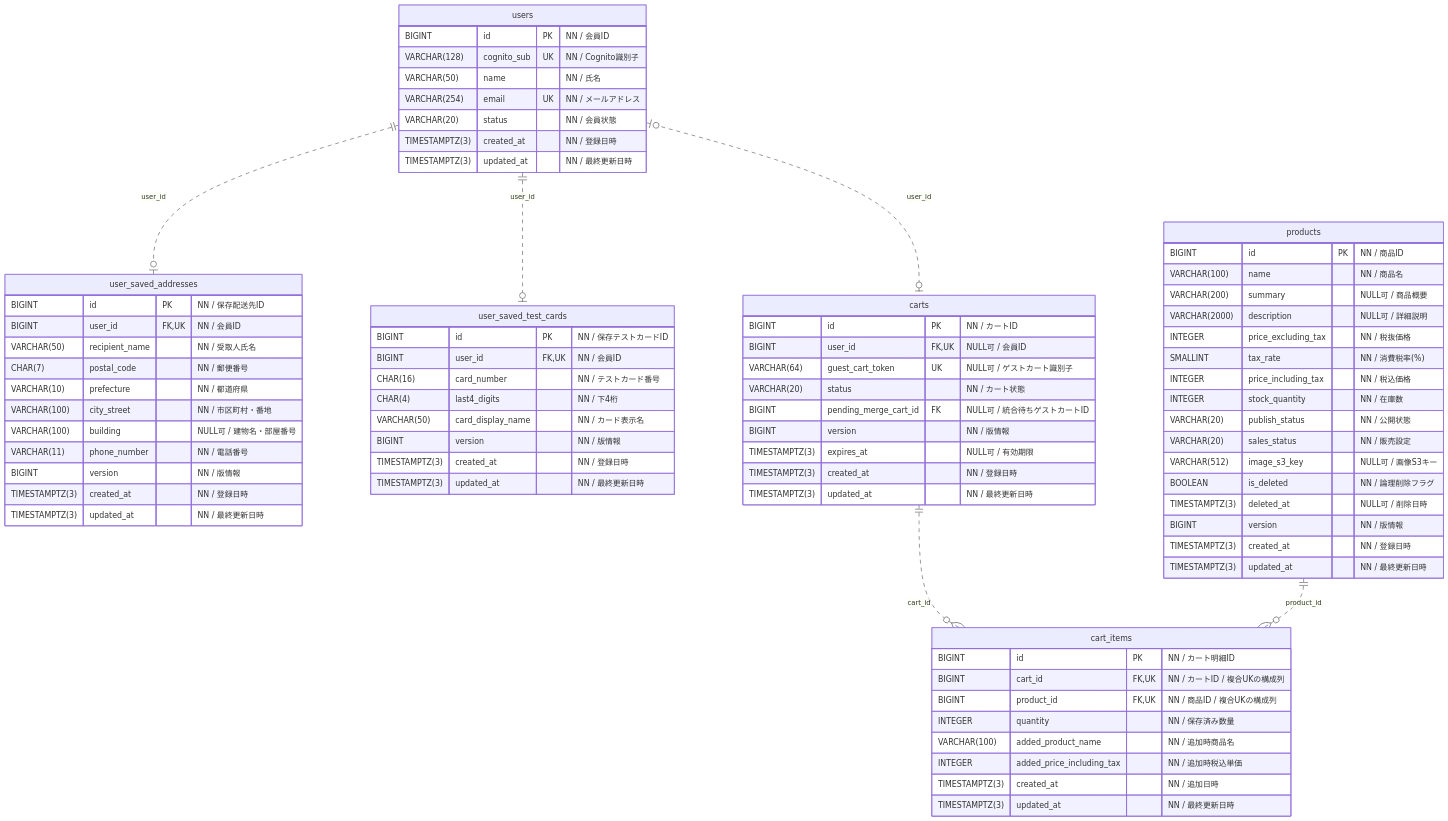
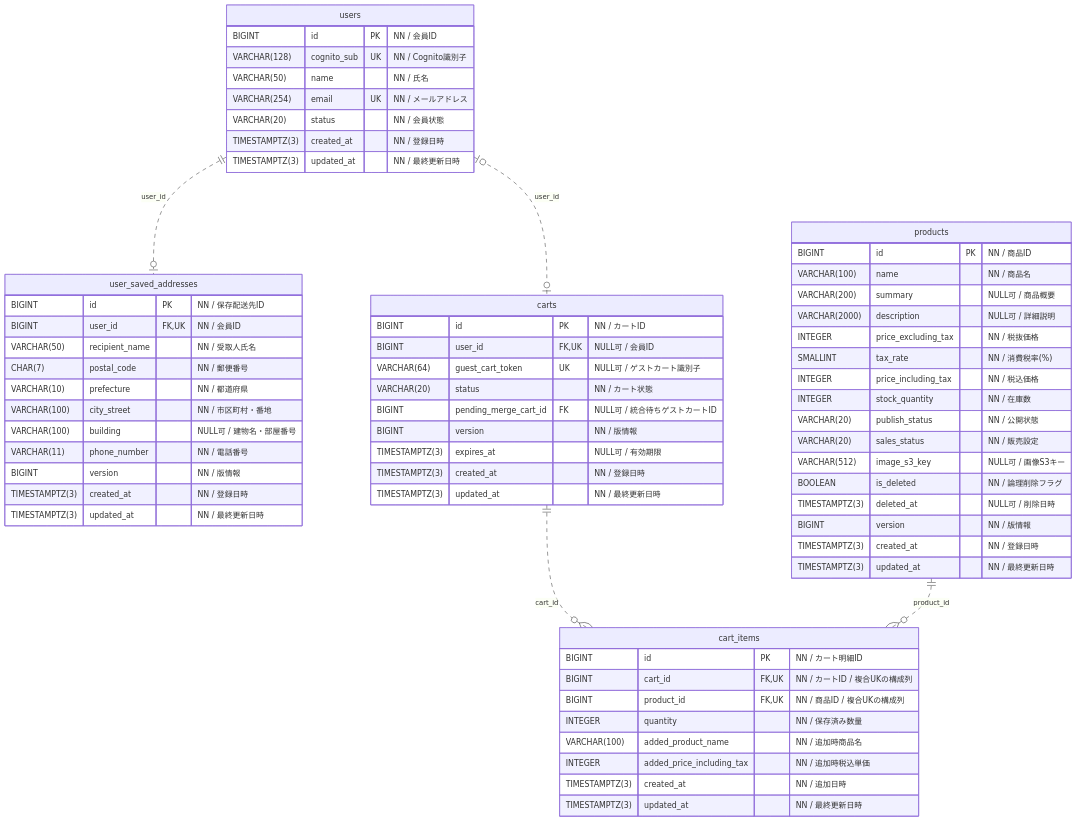
Before and after one commit to shooot223/cloudnative-ec-java: the fifth of 8 diagrams in docs/db-schema/EC_ER_diagram.md, drawn with Mermaid. The commit also changed other lines of this file and 64 other files, not shown here.

````diff
--- a/docs/db-schema/EC_ER_diagram.md
+++ b/docs/db-schema/EC_ER_diagram.md
@@ -162,80 +160,69 @@
 ```mermaid
 erDiagram
     direction TB
     users {
         BIGINT id PK "NN / 会員ID"
         VARCHAR(128) cognito_sub UK "NN / Cognito識別子"
         VARCHAR(50) name "NN / 氏名"
         VARCHAR(254) email UK "NN / メールアドレス"
         VARCHAR(20) status "NN / 会員状態"
         TIMESTAMPTZ(3) created_at "NN / 登録日時"
         TIMESTAMPTZ(3) updated_at "NN / 最終更新日時"
     }
     user_saved_addresses {
         BIGINT id PK "NN / 保存配送先ID"
         BIGINT user_id FK, UK "NN / 会員ID"
         VARCHAR(50) recipient_name "NN / 受取人氏名"
         CHAR(7) postal_code "NN / 郵便番号"
         VARCHAR(10) prefecture "NN / 都道府県"
         VARCHAR(100) city_street "NN / 市区町村・番地"
         VARCHAR(100) building "NULL可 / 建物名・部屋番号"
         VARCHAR(11) phone_number "NN / 電話番号"
-        BIGINT version "NN / 版情報"
-        TIMESTAMPTZ(3) created_at "NN / 登録日時"
-        TIMESTAMPTZ(3) updated_at "NN / 最終更新日時"
-    }
-    user_saved_test_cards {
-        BIGINT id PK "NN / 保存テストカードID"
-        BIGINT user_id FK, UK "NN / 会員ID"
-        CHAR(16) card_number "NN / テストカード番号"
-        CHAR(4) last4_digits "NN / 下4桁"
-        VARCHAR(50) card_display_name "NN / カード表示名"
         BIGINT version "NN / 版情報"
         TIMESTAMPTZ(3) created_at "NN / 登録日時"
         TIMESTAMPTZ(3) updated_at "NN / 最終更新日時"
     }
     carts {
         BIGINT id PK "NN / カートID"
         BIGINT user_id FK, UK "NULL可 / 会員ID"
         VARCHAR(64) guest_cart_token UK "NULL可 / ゲストカート識別子"
         VARCHAR(20) status "NN / カート状態"
         BIGINT pending_merge_cart_id FK "NULL可 / 統合待ちゲストカートID"
         BIGINT version "NN / 版情報"
         TIMESTAMPTZ(3) expires_at "NULL可 / 有効期限"
         TIMESTAMPTZ(3) created_at "NN / 登録日時"
         TIMESTAMPTZ(3) updated_at "NN / 最終更新日時"
     }
     cart_items {
         BIGINT id PK "NN / カート明細ID"
         BIGINT cart_id FK, UK "NN / カートID / 複合UKの構成列"
         BIGINT product_id FK, UK "NN / 商品ID / 複合UKの構成列"
         INTEGER quantity "NN / 保存済み数量"
         VARCHAR(100) added_product_name "NN / 追加時商品名"
         INTEGER added_price_including_tax "NN / 追加時税込単価"
         TIMESTAMPTZ(3) created_at "NN / 追加日時"
         TIMESTAMPTZ(3) updated_at "NN / 最終更新日時"
     }
     products {
         BIGINT id PK "NN / 商品ID"
         VARCHAR(100) name "NN / 商品名"
         VARCHAR(200) summary "NULL可 / 商品概要"
         VARCHAR(2000) description "NULL可 / 詳細説明"
         INTEGER price_excluding_tax "NN / 税抜価格"
         SMALLINT tax_rate "NN / 消費税率(%)"
         INTEGER price_including_tax "NN / 税込価格"
         INTEGER stock_quantity "NN / 在庫数"
         VARCHAR(20) publish_status "NN / 公開状態"
         VARCHAR(20) sales_status "NN / 販売設定"
         VARCHAR(512) image_s3_key "NULL可 / 画像S3キー"
         BOOLEAN is_deleted "NN / 論理削除フラグ"
         TIMESTAMPTZ(3) deleted_at "NULL可 / 削除日時"
         BIGINT version "NN / 版情報"
         TIMESTAMPTZ(3) created_at "NN / 登録日時"
         TIMESTAMPTZ(3) updated_at "NN / 最終更新日時"
     }
     users ||..|o user_saved_addresses : "user_id"
-    users ||..|o user_saved_test_cards : "user_id"
     users o|..|o carts : "user_id"
     carts ||..o{ cart_items : "cart_id"
     products ||..o{ cart_items : "product_id"
 ```
````
